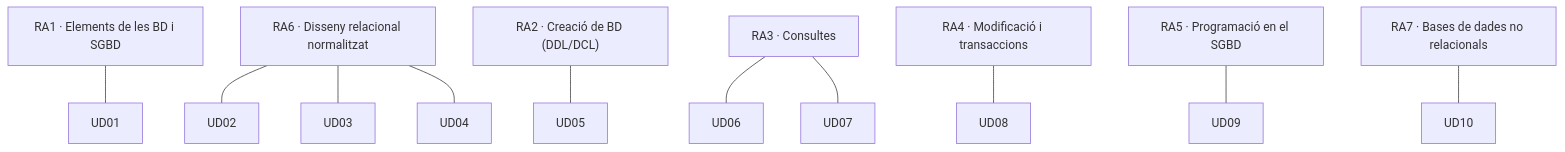
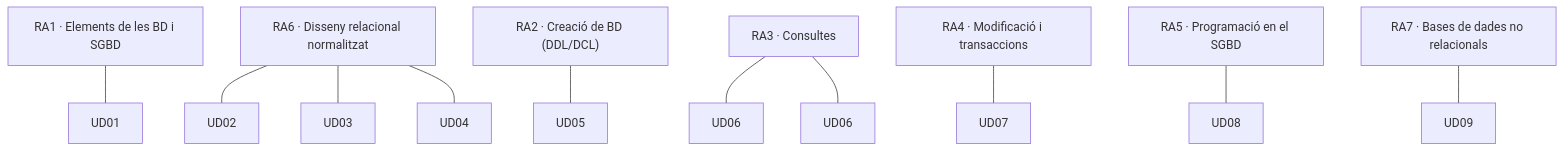
Before and after one commit to LorenaLResusta/BBDD: the diagram in content.val/guia/ra-ce.md, drawn with Mermaid. The commit also changed other lines of this file and 317 other files, not shown here.

````diff
--- a/content.val/guia/ra-ce.md
+++ b/content.val/guia/ra-ce.md
@@ -15,10 +15,10 @@
 ```mermaid
 flowchart TB
     RA1["RA1 · Elements de les BD i SGBD"] --- U1[UD01]
     RA6["RA6 · Disseny relacional normalitzat"] --- U2[UD02] & U3[UD03] & U4[UD04]
     RA2["RA2 · Creació de BD (DDL/DCL)"] --- U5[UD05]
-    RA3["RA3 · Consultes"] --- U6[UD06] & U7[UD07]
-    RA4["RA4 · Modificació i transaccions"] --- U8[UD08]
-    RA5["RA5 · Programació en el SGBD"] --- U9[UD09]
-    RA7["RA7 · Bases de dades no relacionals"] --- U10[UD10]
+    RA3["RA3 · Consultes"] --- U6[UD06] & U7[UD06]
+    RA4["RA4 · Modificació i transaccions"] --- U8[UD07]
+    RA5["RA5 · Programació en el SGBD"] --- U9[UD08]
+    RA7["RA7 · Bases de dades no relacionals"] --- U10[UD09]
 ```
````
